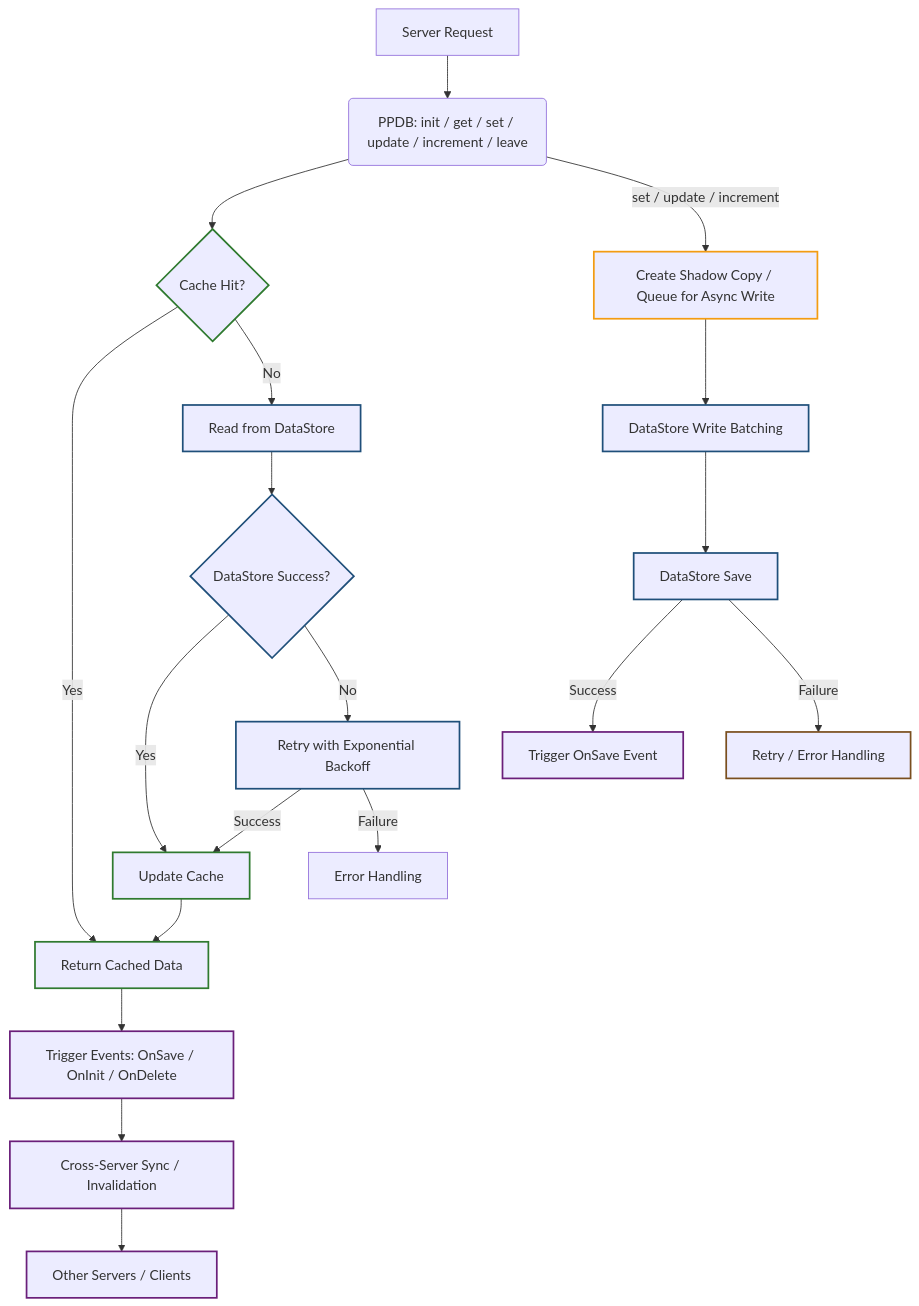
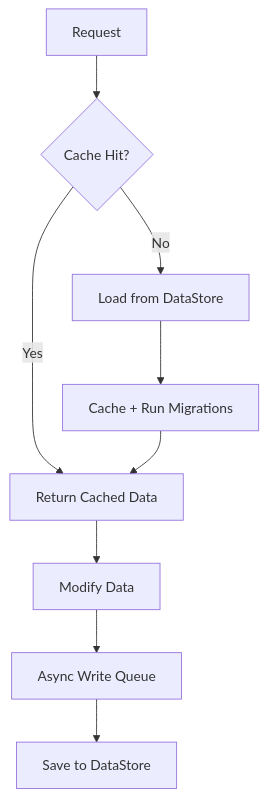
The diagram in docs/index.md (Paopun20/PaoPaoDataStore), drawn with Mermaid before and after one commit. The commit also changed other lines of this file and 8 other files, not shown here.

````diff
--- a/docs/index.md
+++ b/docs/index.md
@@ -18,45 +128,12 @@
 ```mermaid
 graph TD
-    %% Requests
-    A[Server Request] --> B(PPDB: init / get / set / update / increment / leave)
-    
-    %% Cache Flow
-    B --> C{Cache Hit?}
-    C -- Yes --> D[Return Cached Data]
-    C -- No --> E[Read from DataStore]
-    
-    %% DataStore Success Path
-    E --> F{DataStore Success?}
-    F -- Yes --> G[Update Cache]
-    G --> D
-    
-    %% DataStore Failure Path
-    F -- No --> H[Retry with Exponential Backoff]
-    H -- Success --> G
-    H -- Failure --> I[Error Handling]
-    
-    %% Event Propagation
-    D --> J[Trigger Events: OnSave / OnInit / OnDelete]
-    J --> K[Cross-Server Sync / Invalidation]
-    K --> L[Other Servers / Clients]
-    
-    %% Async Write Path with Shadow Copy
-    B -- set / update / increment --> M[Create Shadow Copy / Queue for Async Write]
-    M --> N[DataStore Write Batching]
-    N --> O[DataStore Save]
-    O -- Success --> P[Trigger OnSave Event]
-    O -- Failure --> Q[Retry / Error Handling]
-    
-    %% Classes / Outline Colors Only
-    classDef cache stroke:#2f7a2f,stroke-width:2px;
-    classDef datastore stroke:#1f4f7a,stroke-width:2px;
-    classDef async stroke:#7a4f1f,stroke-width:2px;
-    classDef events stroke:#6a1f7a,stroke-width:2px;
-    classDef shadow stroke:#f39c12,stroke-width:2px; %% Orange outline for shadow copy
-    
-    class C,D,G cache;
-    class E,F,H,O,N datastore;
-    class M,Q async;
-    class J,K,L,P events;
-    class M shadow;
+    A[Request] --> B{Cache Hit?}
+    B -- Yes --> C[Return Cached Data]
+    B -- No --> D[Load from DataStore]
+    D --> E[Cache + Run Migrations]
+    E --> C
+
+    C --> F[Modify Data]
+    F --> G[Async Write Queue]
+    G --> H[Save to DataStore]
 ```
````
